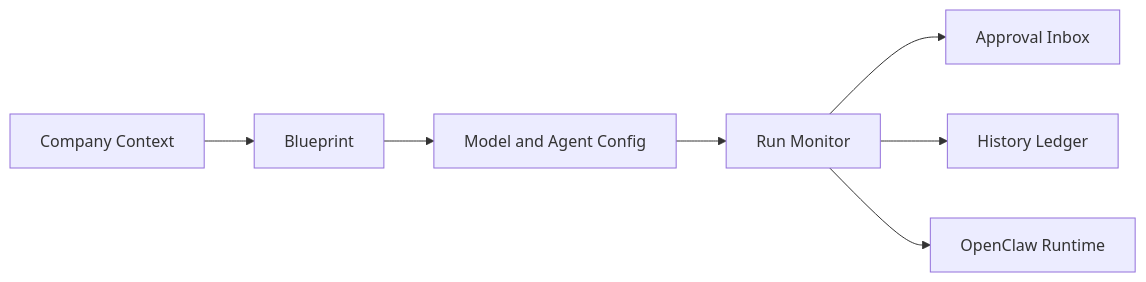
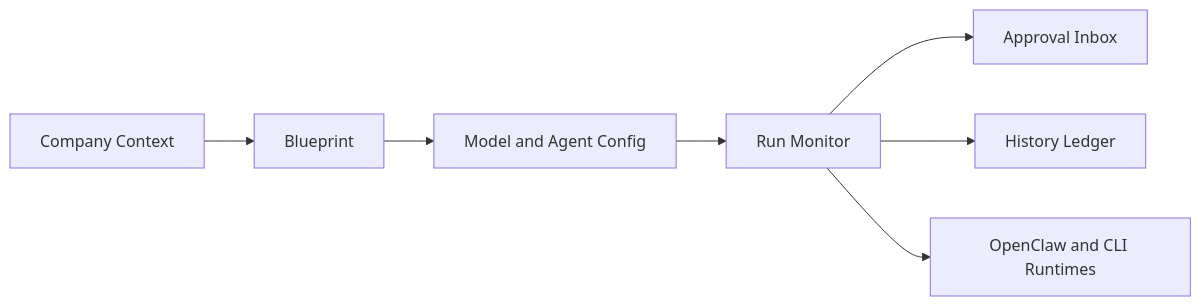
One commit to aaa2828338/HiveWard changed the diagram in README.en.md. Above: the diagram before and after it, drawn with Mermaid. The commit also changed other lines of this file and 2 other files, not shown here.

````diff
--- a/README.en.md
+++ b/README.en.md
@@ -84,17 +85,17 @@
 ```mermaid
 graph LR
   Company[Company Context]
   Blueprint[Blueprint]
   Models[Model and Agent Config]
   Run[Run Monitor]
   Inbox[Approval Inbox]
   History[History Ledger]
-  Runtime[OpenClaw Runtime]
+  Runtime[OpenClaw and CLI Runtimes]
 
   Company --> Blueprint
   Blueprint --> Models
   Models --> Run
   Run --> Inbox
   Run --> History
   Run --> Runtime
 ```
````
